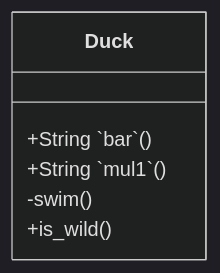
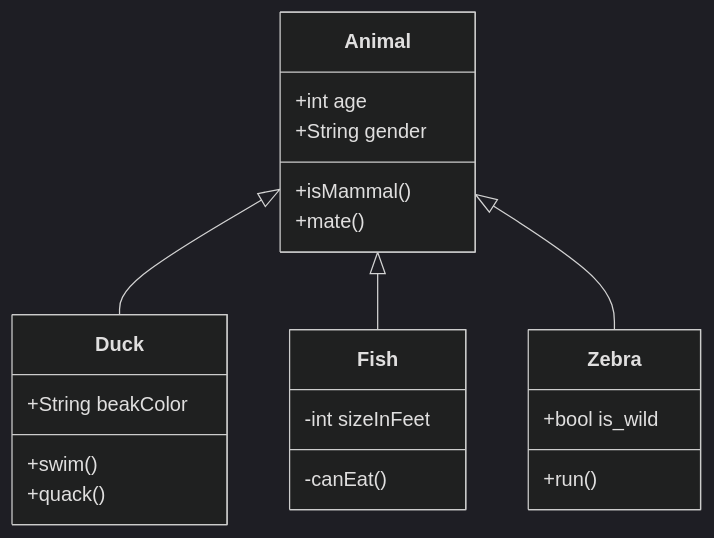
The diagram in .swm/mermaid-class-diagram.h9qf0.sw.md (eran-swimm/t1), drawn with Mermaid (dark theme) before and after one commit. The commit also changed other lines of this file, not shown here.

Commit message:
docs(swimm): update doc: "mermaid class diagram"

````diff
--- a/.swm/mermaid-class-diagram.h9qf0.sw.md
+++ b/.swm/mermaid-class-diagram.h9qf0.sw.md
@@ -15,10 +15,25 @@
 ```mermaid
 classDiagram
+Animal <|-- Duck
+Animal <|-- Fish
+Animal <|-- Zebra
+Animal : +int age
+Animal : +String gender
+Animal: +isMammal()
+Animal: +mate()
 class Duck{
-+String `bar`()
++String beakColor
++swim()
++quack()
+}
+class Fish{
+\-int sizeInFeet
+\-canEat()
+}
+class Zebra{
++bool is\_wild
++run()
+}
 
-+String `mul1`()
-\-swim()
-+is\_wild()
-}
+
 ```
````
